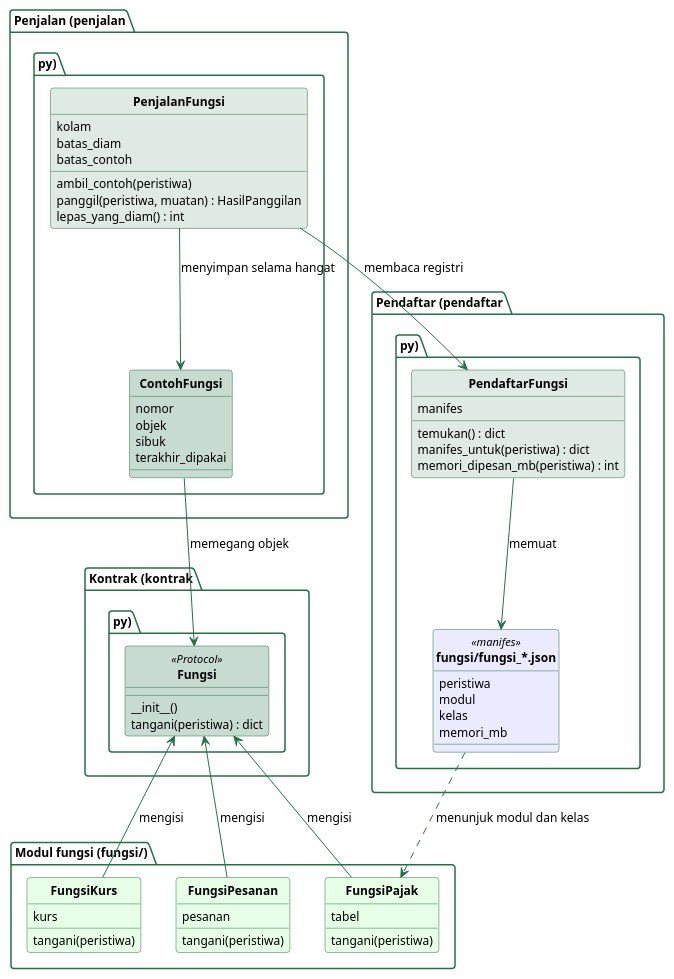
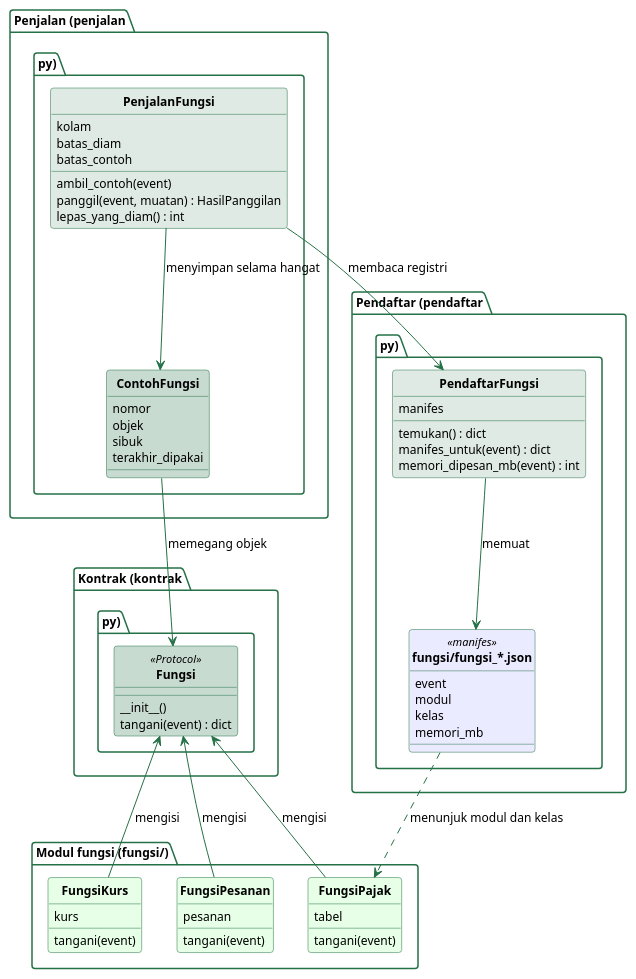
One commit to alfa-yohannis/software-architecture changed the diagram in sources/chapter14/diagram/kelas-serverless.puml. Above: the diagram before and after it, drawn with PlantUML. The commit also changed 23 other files, not shown here.

```diff
--- a/sources/chapter14/diagram/kelas-serverless.puml
+++ b/sources/chapter14/diagram/kelas-serverless.puml
@@ -12,90 +12,90 @@
 @startuml
 skinparam backgroundColor transparent
 skinparam defaultFontName Titillium Web
 skinparam defaultFontSize 13
 skinparam shadowing false
 skinparam roundCorner 6
 skinparam classAttributeIconSize 0
 skinparam classFontStyle bold
 skinparam ArrowColor #257147
 skinparam ArrowFontSize 12
 skinparam class {
   BorderColor #257147
   BackgroundColor #EBEBFF
   FontColor black
   AttributeFontSize 12
   StereotypeFontSize 11
 }
 skinparam package {
   BorderColor #257147
   BackgroundColor transparent
   FontColor black
   FontSize 12
 }
 hide circle
 
 package "Penjalan (penjalan.py)" {
   class PenjalanFungsi #DEEAE3 {
     kolam
     batas_diam
     batas_contoh
-    ambil_contoh(peristiwa)
-    panggil(peristiwa, muatan) : HasilPanggilan
+    ambil_contoh(event)
+    panggil(event, muatan) : HasilPanggilan
     lepas_yang_diam() : int
   }
 
   class ContohFungsi #C8DBD1 {
     nomor
     objek
     sibuk
     terakhir_dipakai
   }
 }
 
 package "Kontrak (kontrak.py)" {
   class Fungsi <<Protocol>> #C8DBD1 {
     __init__()
-    tangani(peristiwa) : dict
+    tangani(event) : dict
   }
 }
 
 package "Pendaftar (pendaftar.py)" {
   class PendaftarFungsi #DEEAE3 {
     manifes
     temukan() : dict
-    manifes_untuk(peristiwa) : dict
-    memori_dipesan_mb(peristiwa) : int
+    manifes_untuk(event) : dict
+    memori_dipesan_mb(event) : int
   }
 
   class "fungsi/fungsi_*.json" as Manifes <<manifes>> {
-    peristiwa
+    event
     modul
     kelas
     memori_mb
   }
 }
 
 package "Modul fungsi (fungsi/)" {
   class FungsiKurs #E6FFE6 {
     kurs
-    tangani(peristiwa)
+    tangani(event)
   }
   class FungsiPesanan #E6FFE6 {
     pesanan
-    tangani(peristiwa)
+    tangani(event)
   }
   class FungsiPajak #E6FFE6 {
     tabel
-    tangani(peristiwa)
+    tangani(event)
   }
 }
 
 PenjalanFungsi -right-> PendaftarFungsi : membaca registri
 PenjalanFungsi -down-> ContohFungsi : menyimpan selama hangat
 ContohFungsi -down-> Fungsi : memegang objek
 PendaftarFungsi -down-> Manifes : memuat
 FungsiKurs -up-> Fungsi : mengisi
 FungsiPesanan -up-> Fungsi : mengisi
 FungsiPajak -up-> Fungsi : mengisi
 Manifes .down.> FungsiPajak : menunjuk modul dan kelas
 @enduml
```
